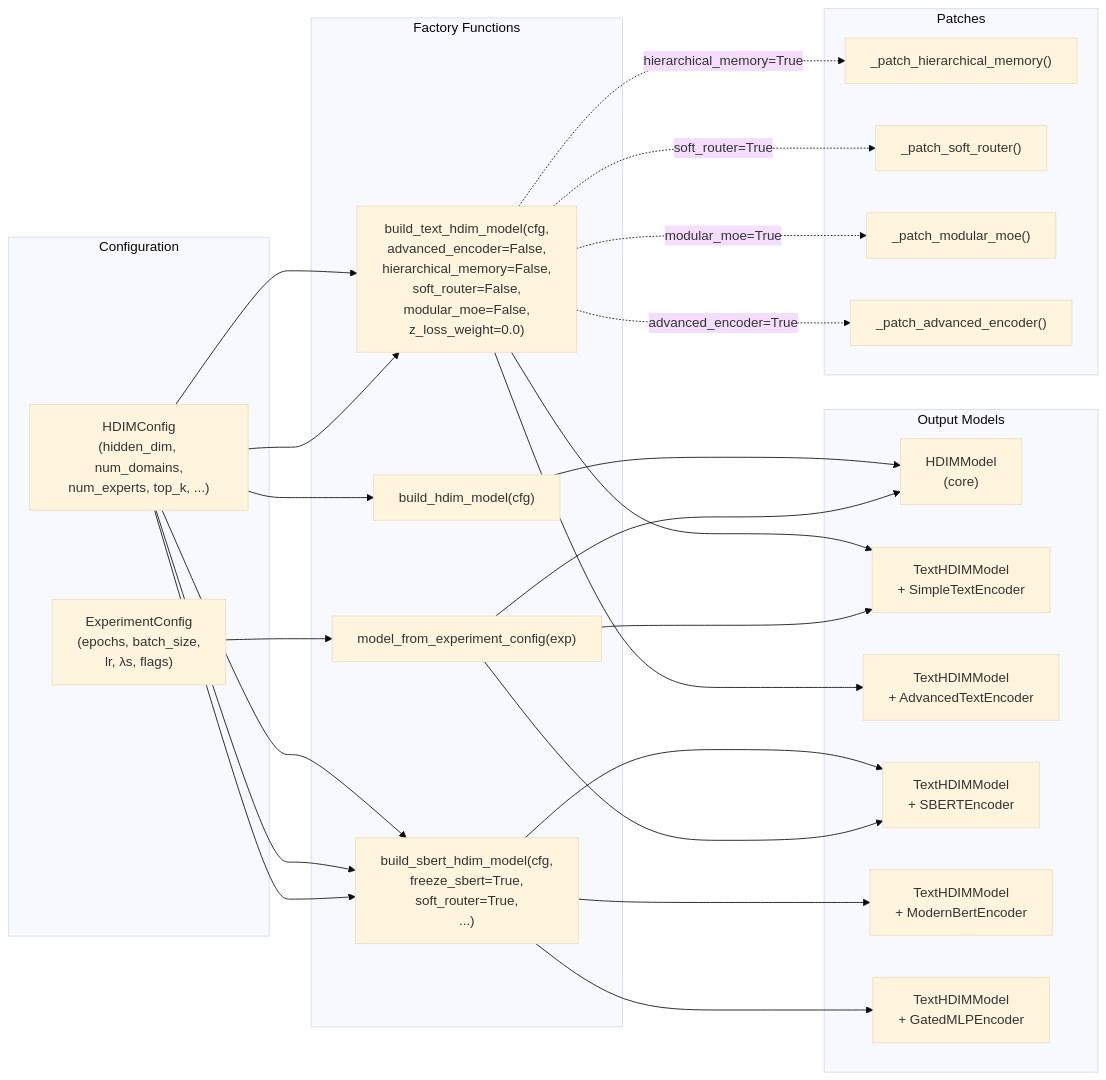
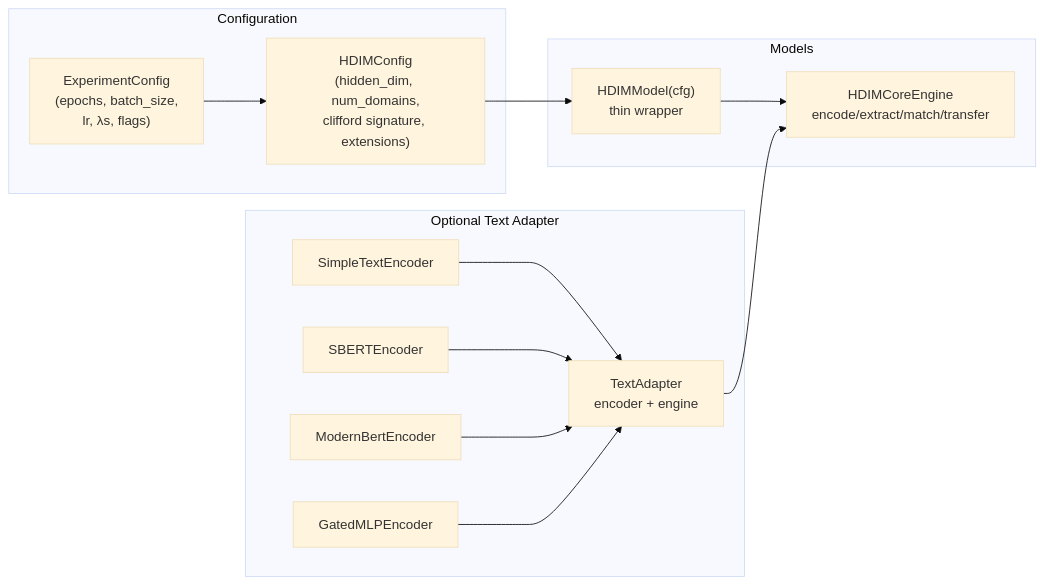
The eighth of 21 diagrams in docs/DIAGRAMS.md (ShmidtS/hypercoplexAI), drawn with Mermaid (base theme) before and after one commit. The commit also changed other lines of this file and 54 other files, not shown here.

First line of the commit message:
refactor: streamline HDIM by removing AI slop and collapsing to core+extensions

````diff
--- a/docs/DIAGRAMS.md
+++ b/docs/DIAGRAMS.md
@@ -674,43 +671,24 @@
 ```mermaid
 flowchart LR
     subgraph Config["Configuration"]
-        HC["HDIMConfig<br/>(hidden_dim, num_domains,<br/>num_experts, top_k, ...)"]
+        HC["HDIMConfig<br/>(hidden_dim, num_domains,<br/>clifford signature, extensions)"]
         EC["ExperimentConfig<br/>(epochs, batch_size,<br/>lr, λs, flags)"]
     end
 
-    subgraph Factories["Factory Functions"]
-        F1["build_hdim_model(cfg)"]
-        F2["build_text_hdim_model(cfg,<br/>advanced_encoder=False,<br/>hierarchical_memory=False,<br/>soft_router=False,<br/>modular_moe=False,<br/>z_loss_weight=0.0)"]
-        F3["build_sbert_hdim_model(cfg,<br/>freeze_sbert=True,<br/>soft_router=True,<br/>...)"]
-        F4["model_from_experiment_config(exp)"]
+    subgraph Models["Models"]
+        HDIM["HDIMModel(cfg)<br/>thin wrapper"]
+        ENGINE["HDIMCoreEngine<br/>encode/extract/match/transfer"]
     end
 
-    subgraph Models["Output Models"]
-        M1["HDIMModel<br/>(core)"]
-        M2["TextHDIMModel<br/>+ SimpleTextEncoder"]
-        M3["TextHDIMModel<br/>+ AdvancedTextEncoder"]
-        M4["TextHDIMModel<br/>+ SBERTEncoder"]
-        M5["TextHDIMModel<br/>+ ModernBertEncoder"]
-        M6["TextHDIMModel<br/>+ GatedMLPEncoder"]
+    subgraph Text["Optional Text Adapter"]
+        ADAPTER["TextAdapter<br/>encoder + engine"]
+        SIMPLE["SimpleTextEncoder"]
+        SBERT["SBERTEncoder"]
+        MODERN["ModernBertEncoder"]
+        GMLP["GatedMLPEncoder"]
     end
 
-    HC --> F1 --> M1
-    HC --> F2 --> M2
-    HC --> F2 --> M3
-    HC --> F3 --> M4
-    HC --> F3 --> M5
-    HC --> F3 --> M6
-    EC --> F4 --> M1 & M2 & M4
-
-    subgraph Patches["Patches"]
-        P1["_patch_hierarchical_memory()"]
-        P2["_patch_soft_router()"]
-        P3["_patch_modular_moe()"]
-        P4["_patch_advanced_encoder()"]
-    end
-
-    F2 -.->|"hierarchical_memory=True"| P1
-    F2 -.->|"soft_router=True"| P2
-    F2 -.->|"modular_moe=True"| P3
-    F2 -.->|"advanced_encoder=True"| P4
+    HC --> HDIM --> ENGINE
+    EC --> HC
+    SIMPLE & SBERT & MODERN & GMLP --> ADAPTER --> ENGINE
 ```
````
